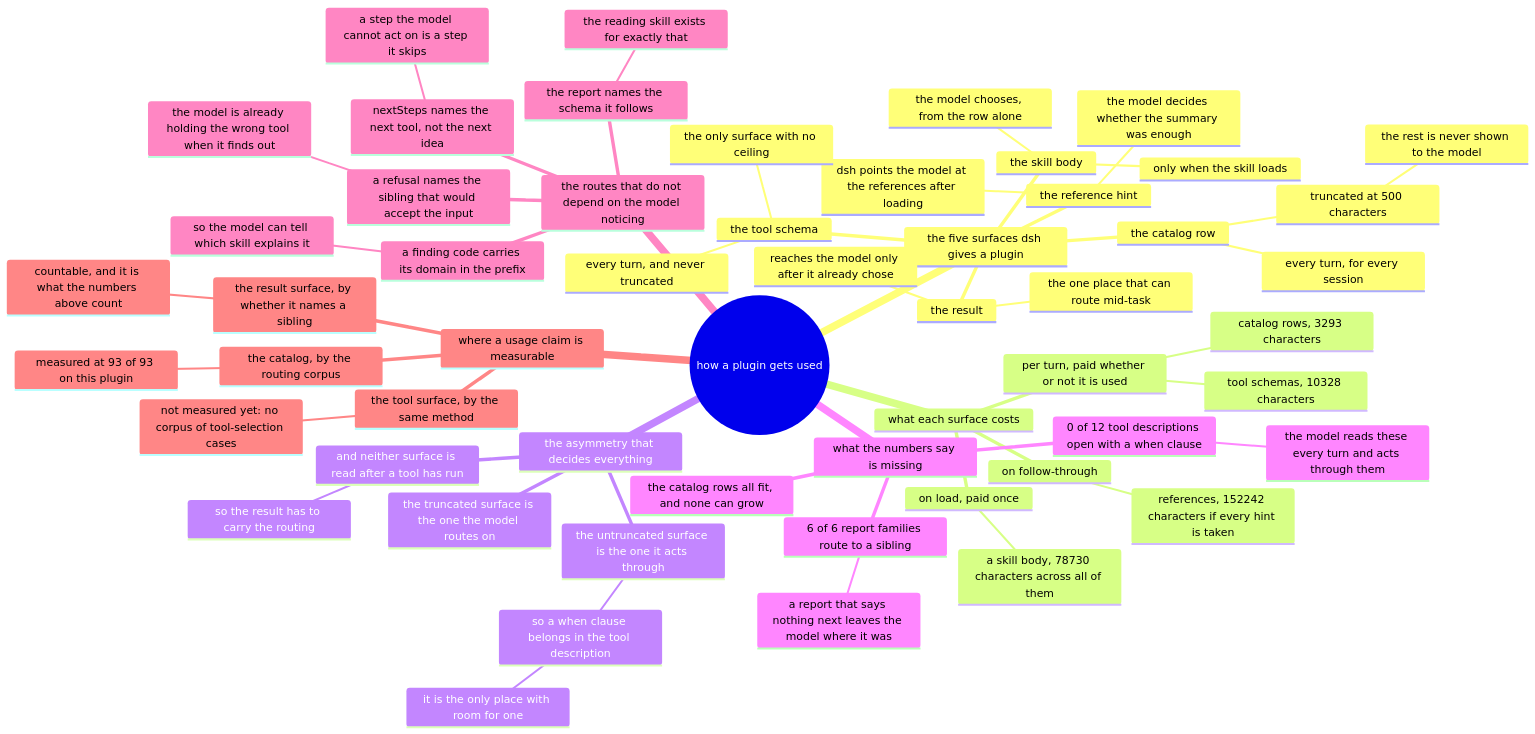
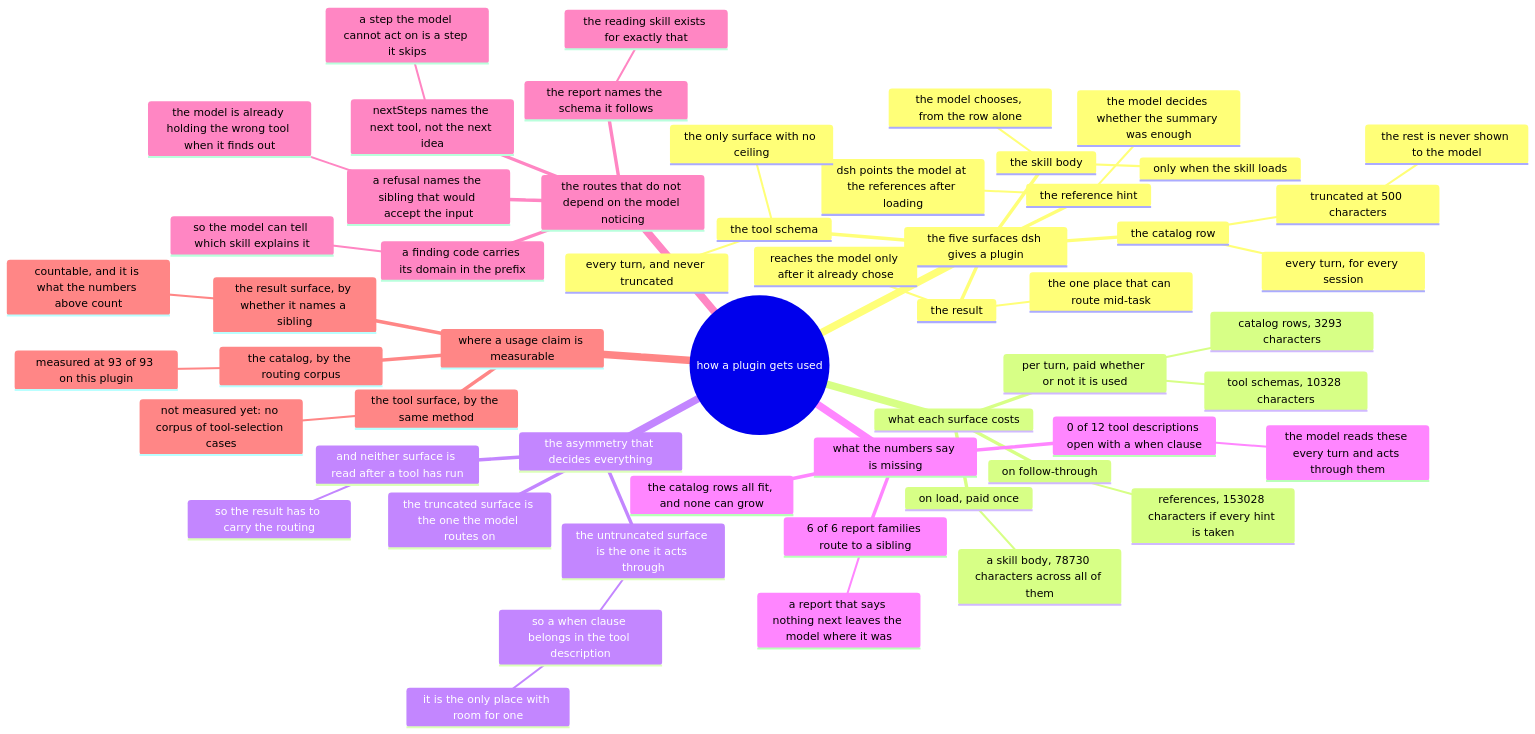
One commit to AmethystLuna/dsh-model-everything changed the diagram in docs/usage/mindmap.mmd. Above: the diagram before and after it, drawn with Mermaid. The commit also changed 21 other files, not shown here.

```diff
--- a/docs/usage/mindmap.mmd
+++ b/docs/usage/mindmap.mmd
@@ -1,56 +1,56 @@
 mindmap
 root((how a plugin gets used))
   the five surfaces dsh gives a plugin
     the catalog row
       every turn, for every session
       truncated at 500 characters
         the rest is never shown to the model
     the skill body
       only when the skill loads
       the model chooses, from the row alone
     the reference hint
       dsh points the model at the references after loading
       the model decides whether the summary was enough
     the tool schema
       every turn, and never truncated
       the only surface with no ceiling
     the result
       reaches the model only after it already chose
       the one place that can route mid-task
   what each surface costs
     per turn, paid whether or not it is used
       catalog rows, 3293 characters
       tool schemas, 10328 characters
     on load, paid once
       a skill body, 78730 characters across all of them
     on follow-through
-      references, 152242 characters if every hint is taken
+      references, 153028 characters if every hint is taken
   the asymmetry that decides everything
     the truncated surface is the one the model routes on
     the untruncated surface is the one it acts through
       so a when clause belongs in the tool description
         it is the only place with room for one
     and neither surface is read after a tool has run
       so the result has to carry the routing
   what the numbers say is missing
     0 of 12 tool descriptions open with a when clause
       the model reads these every turn and acts through them
     6 of 6 report families route to a sibling
       a report that says nothing next leaves the model where it was
     the catalog rows all fit, and none can grow
   the routes that do not depend on the model noticing
     a refusal names the sibling that would accept the input
       the model is already holding the wrong tool when it finds out
     nextSteps names the next tool, not the next idea
       a step the model cannot act on is a step it skips
     a finding code carries its domain in the prefix
       so the model can tell which skill explains it
     the report names the schema it follows
       the reading skill exists for exactly that
   where a usage claim is measurable
     the catalog, by the routing corpus
       measured at 93 of 93 on this plugin
     the tool surface, by the same method
       not measured yet: no corpus of tool-selection cases
     the result surface, by whether it names a sibling
       countable, and it is what the numbers above count
```
